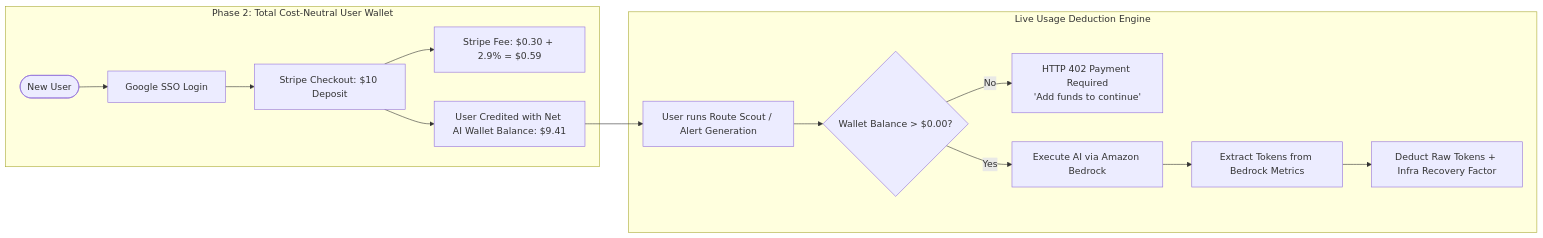
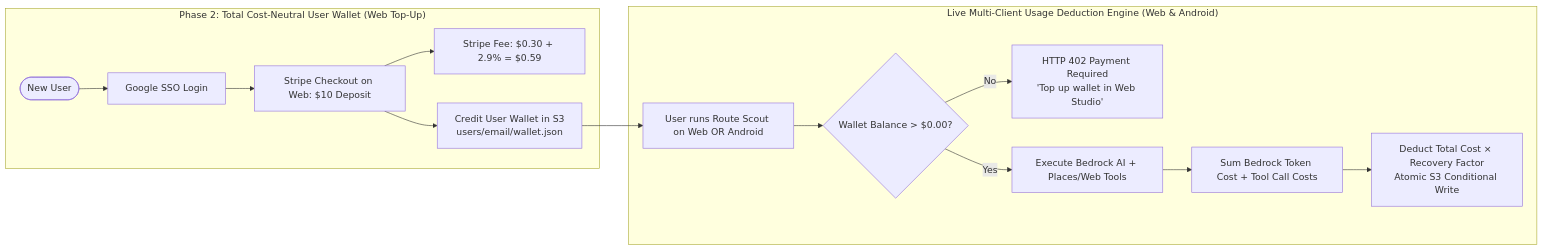
One commit to ecoonradt/roadtrip-copilot changed the fifth of 6 diagrams in docs/route_scout_cloud_architecture.md. Above: the diagram before and after it, drawn with Mermaid. The commit also changed other lines of this file and 2 other files, not shown here.

Commit message:
docs: add Android on-the-fly route editing and cloud client architecture

````diff
--- a/docs/route_scout_cloud_architecture.md
+++ b/docs/route_scout_cloud_architecture.md
@@ -225,18 +254,18 @@
 ```mermaid
 flowchart LR
-    subgraph PaymentFlow["Phase 2: Total Cost-Neutral User Wallet"]
+    subgraph PaymentFlow["Phase 2: Total Cost-Neutral User Wallet (Web Top-Up)"]
         User([New User]) --> GoogleSSO[Google SSO Login]
-        GoogleSSO --> Checkout[Stripe Checkout: $10 Deposit]
+        GoogleSSO --> Checkout[Stripe Checkout on Web: $10 Deposit]
         Checkout --> StripeFee[Stripe Fee: $0.30 + 2.9% = $0.59]
-        Checkout --> NetCredit[User Credited with Net AI Wallet Balance: $9.41]
+        Checkout --> S3Ledger[Credit User Wallet in S3\nusers/email/wallet.json]
     end
 
-    subgraph DeductionFlow["Live Usage Deduction Engine"]
-        NetCredit --> AIRequest[User runs Route Scout / Alert Generation]
+    subgraph DeductionFlow["Live Multi-Client Usage Deduction Engine (Web & Android)"]
+        S3Ledger --> AIRequest[User runs Route Scout on Web OR Android]
         AIRequest --> CheckFunds{Wallet Balance > $0.00?}
-        CheckFunds -->|No| BlockAI[HTTP 402 Payment Required\n'Add funds to continue']
-        CheckFunds -->|Yes| FastifyAI[Execute AI via Amazon Bedrock]
-        FastifyAI --> ReadUsage[Extract Tokens from Bedrock Metrics]
-        ReadUsage --> Deduct[Deduct Raw Tokens + Infra Recovery Factor]
+        CheckFunds -->|No| BlockAI[HTTP 402 Payment Required\n'Top up wallet in Web Studio']
+        CheckFunds -->|Yes| ExecuteTurn[Execute Bedrock AI + Places/Web Tools]
+        ExecuteTurn --> ReadUsage[Sum Bedrock Token Cost + Tool Call Costs]
+        ReadUsage --> Deduct[Deduct Total Cost × Recovery Factor\nAtomic S3 Conditional Write]
     end
 ```
````
